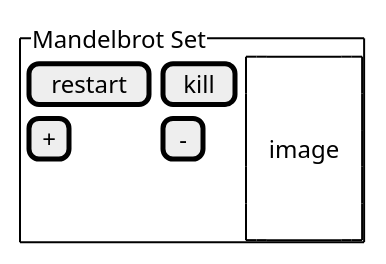
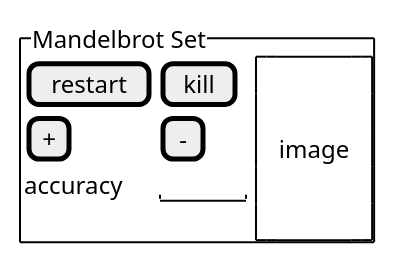
The diagram in src/mandelbrot_set/spec/mockup.puml (alexander-guesnon/frontendPlayground), drawn with PlantUML before and after one commit.

```diff
--- a/src/mandelbrot_set/spec/mockup.puml
+++ b/src/mandelbrot_set/spec/mockup.puml
@@ -2,14 +2,15 @@
 @startsalt
 {^"Mandelbrot Set"
 {[restart]|[kill]
 [+ ]|[- ]
+accuracy| "     "
 } |
 {+
 . | . | . | . | .
 . 
 . | . | image | . | .
 .
 .
 }
 }
 @endsalt
```
